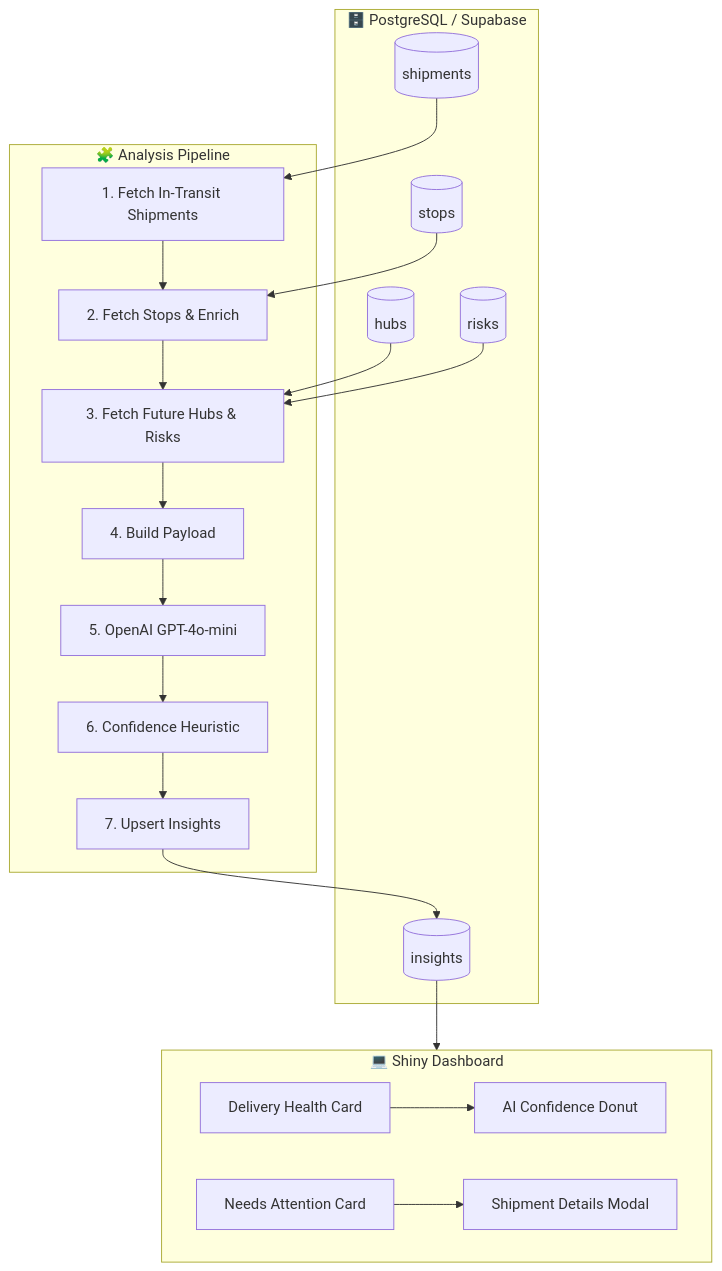
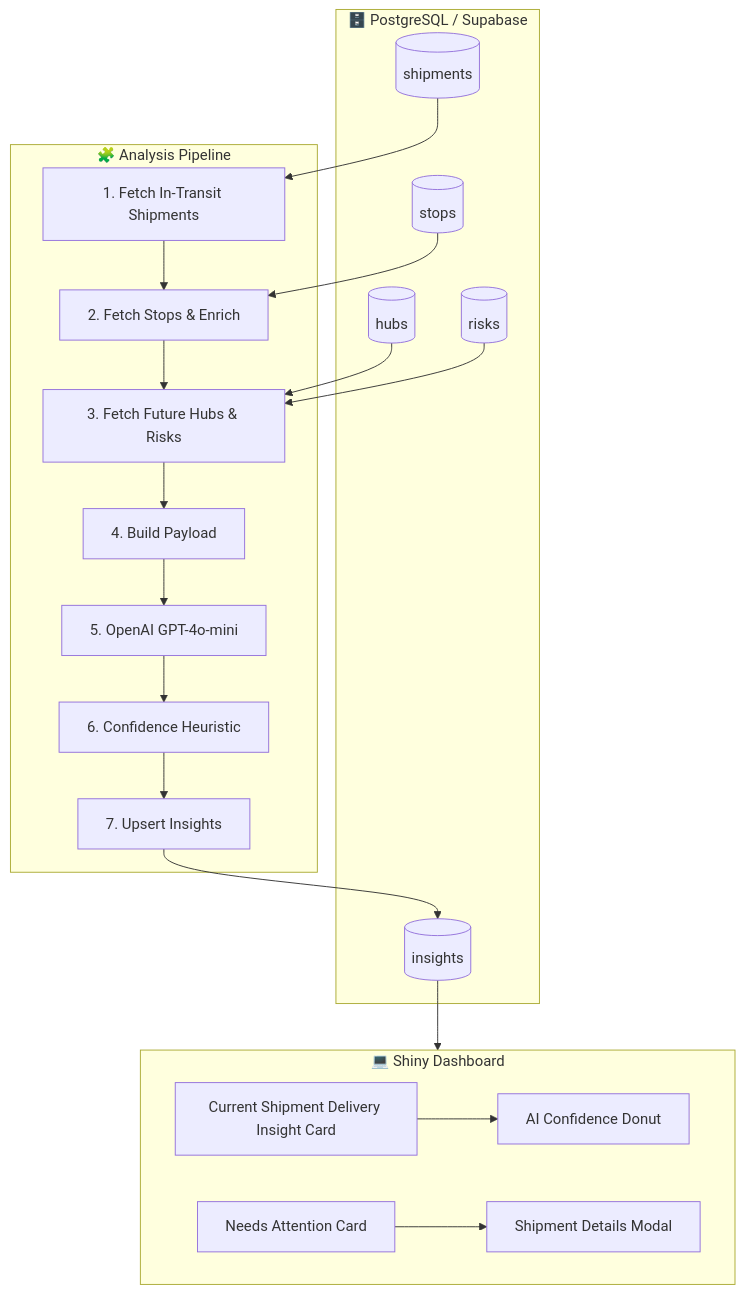
Before and after one commit to janhaviprof-bot/SupplyMindAI: the diagram in docs/predictions.md, drawn with Mermaid. The commit also changed other lines of this file and 5 other files, not shown here.

````diff
--- a/docs/predictions.md
+++ b/docs/predictions.md
@@ -20,36 +20,36 @@
 ```mermaid
 flowchart TB
     subgraph DB[🗄️ PostgreSQL / Supabase]
         S[(shipments)]
         ST[(stops)]
         H[(hubs)]
         R[(risks)]
         I[(insights)]
     end
 
     subgraph Pipeline[🧩 Analysis Pipeline]
         P1[1. Fetch In-Transit Shipments]
         P2[2. Fetch Stops & Enrich]
         P3[3. Fetch Future Hubs & Risks]
         P4[4. Build Payload]
         P5[5. OpenAI GPT-4o-mini]
         P6[6. Confidence Heuristic]
         P7[7. Upsert Insights]
     end
 
     subgraph App[💻 Shiny Dashboard]
-        A1[Delivery Health Card]
+        A1[Current Shipment Delivery Insight Card]
         A2[AI Confidence Donut]
         A3[Needs Attention Card]
         A4[Shipment Details Modal]
     end
 
     S --> P1
     ST --> P2
     H --> P3
     R --> P3
     P1 --> P2 --> P3 --> P4 --> P5 --> P6 --> P7 --> I
     I --> App
     A1 --> A2
     A3 --> A4
 ```
````
